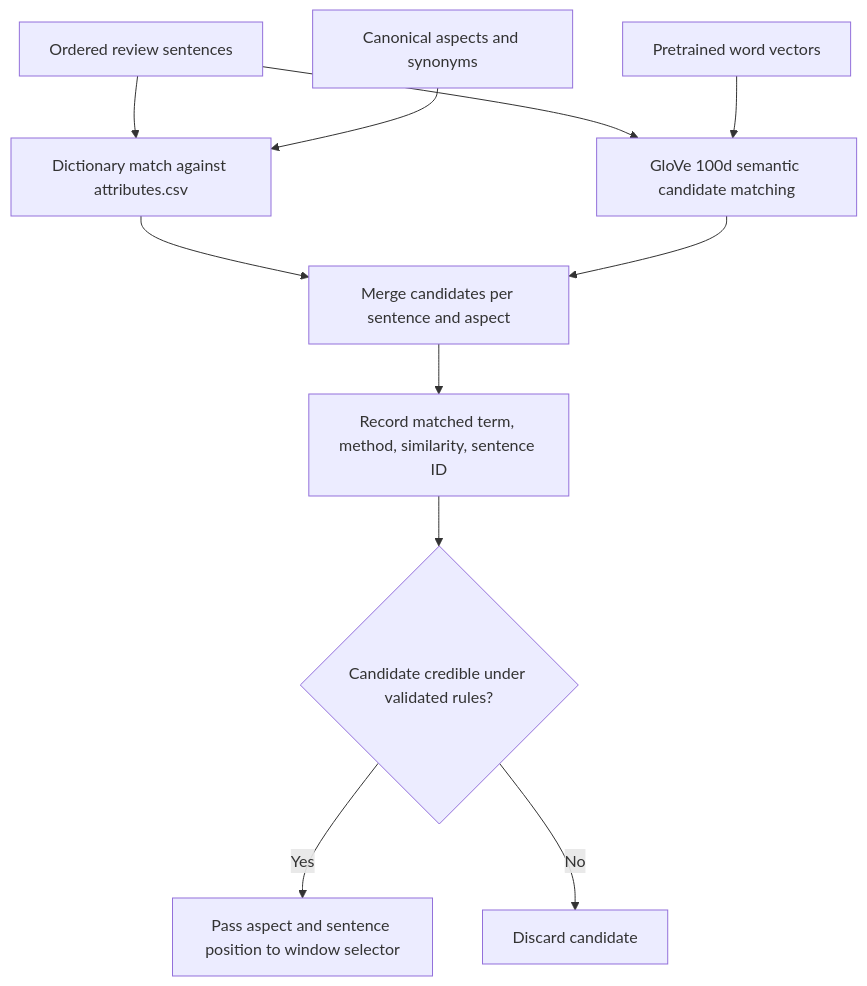
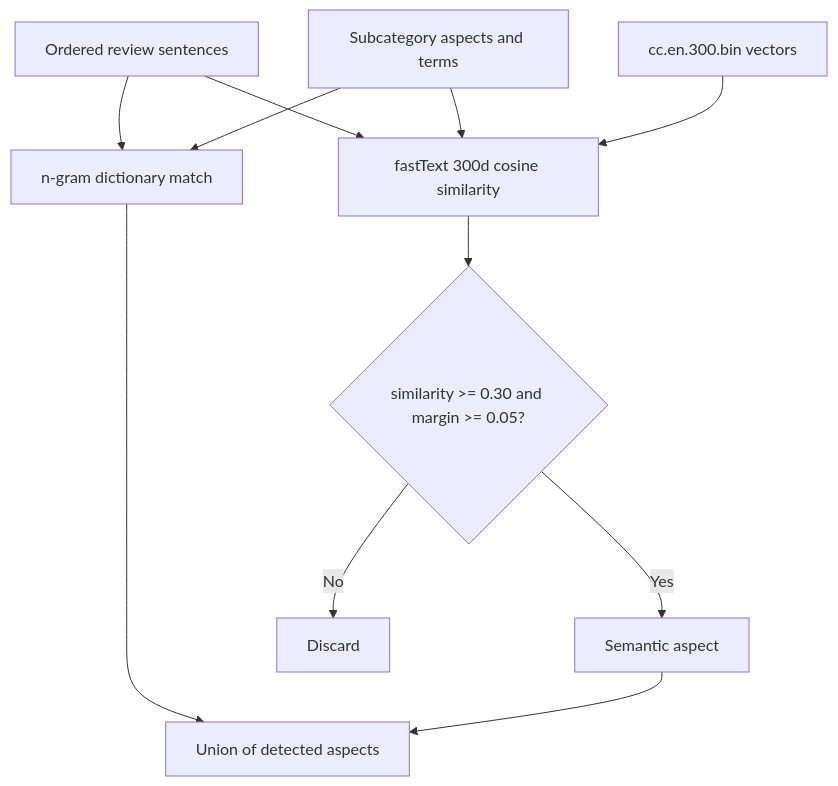
The second of 2 diagrams in README.md (mukulsinghal407/ABSA-Regression), drawn with Mermaid before and after one commit. The commit also changed other lines of this file, not shown here.

Commit message:
Rewrite README to match implemented pipeline and document setup downloads

````diff
--- a/README.md
+++ b/README.md
@@ -177,13 +49,13 @@
 ```mermaid
 flowchart TD
-  A[Ordered review sentences] --> B[Dictionary match against attributes.csv]
-  A --> C[GloVe 100d semantic candidate matching]
-  D[Canonical aspects and synonyms] --> B
-  E[Pretrained word vectors] --> C
-  B --> F[Merge candidates per sentence and aspect]
-  C --> F
-  F --> G[Record matched term, method, similarity, sentence ID]
-  G --> H{Candidate credible under validated rules?}
-  H -->|Yes| I[Pass aspect and sentence position to window selector]
-  H -->|No| J[Discard candidate]
+  A[Ordered review sentences] --> B[n-gram dictionary match]
+  A --> C[fastText 300d cosine similarity]
+  D[Subcategory aspects and terms] --> B
+  D --> C
+  E[cc.en.300.bin vectors] --> C
+  C --> F{similarity >= 0.30 and margin >= 0.05?}
+  F -->|Yes| G[Semantic aspect]
+  F -->|No| H[Discard]
+  B --> I[Union of detected aspects]
+  G --> I
 ```
````
